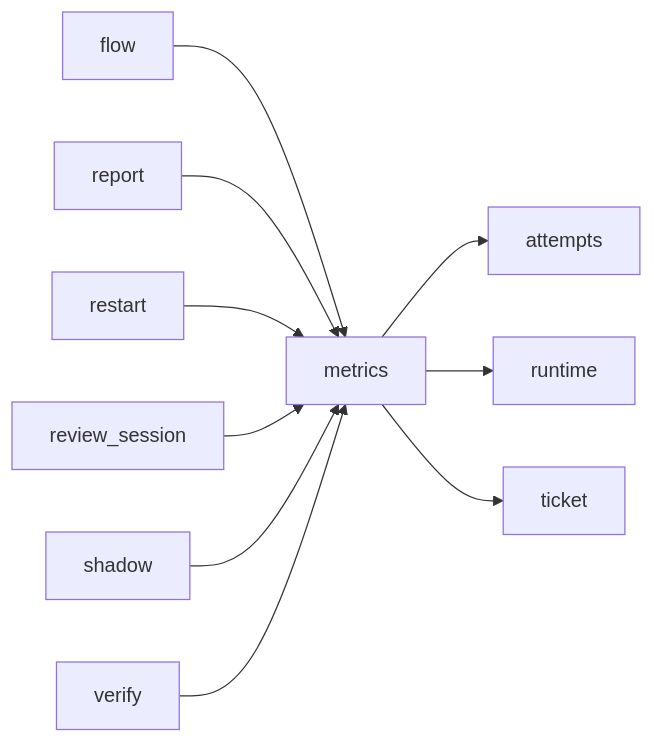
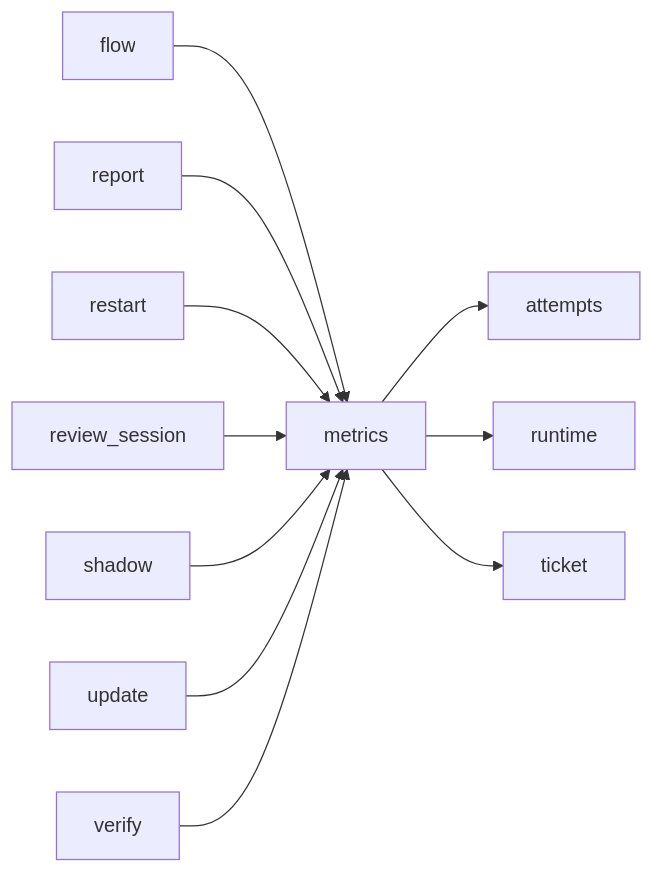
The third of 3 diagrams in docs/architecture/modules/metrics.md (plaplanche/ariane), drawn with Mermaid before and after one commit. The commit also changed other lines of this file and 33 other files, not shown here.

````diff
--- a/docs/architecture/modules/metrics.md
+++ b/docs/architecture/modules/metrics.md
@@ -67,12 +68,13 @@
 ```mermaid
 flowchart LR
   flow --> metrics
   metrics --> attempts
   metrics --> runtime
   metrics --> ticket
   report --> metrics
   restart --> metrics
   review_session --> metrics
   shadow --> metrics
+  update --> metrics
   verify --> metrics
 ```
````
